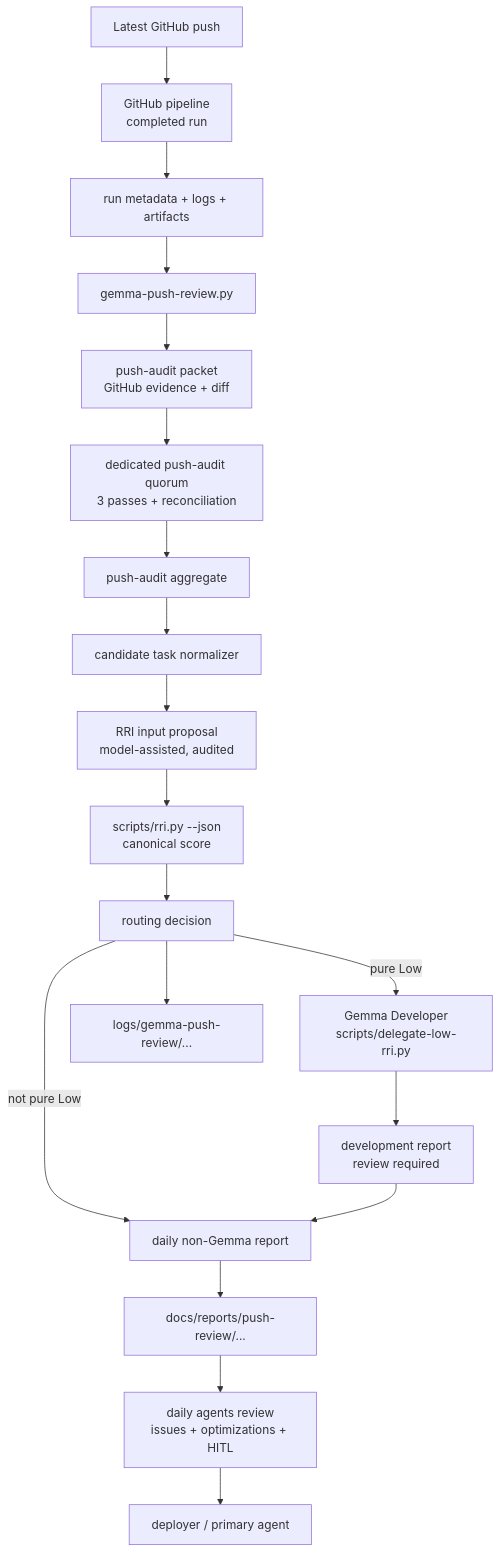
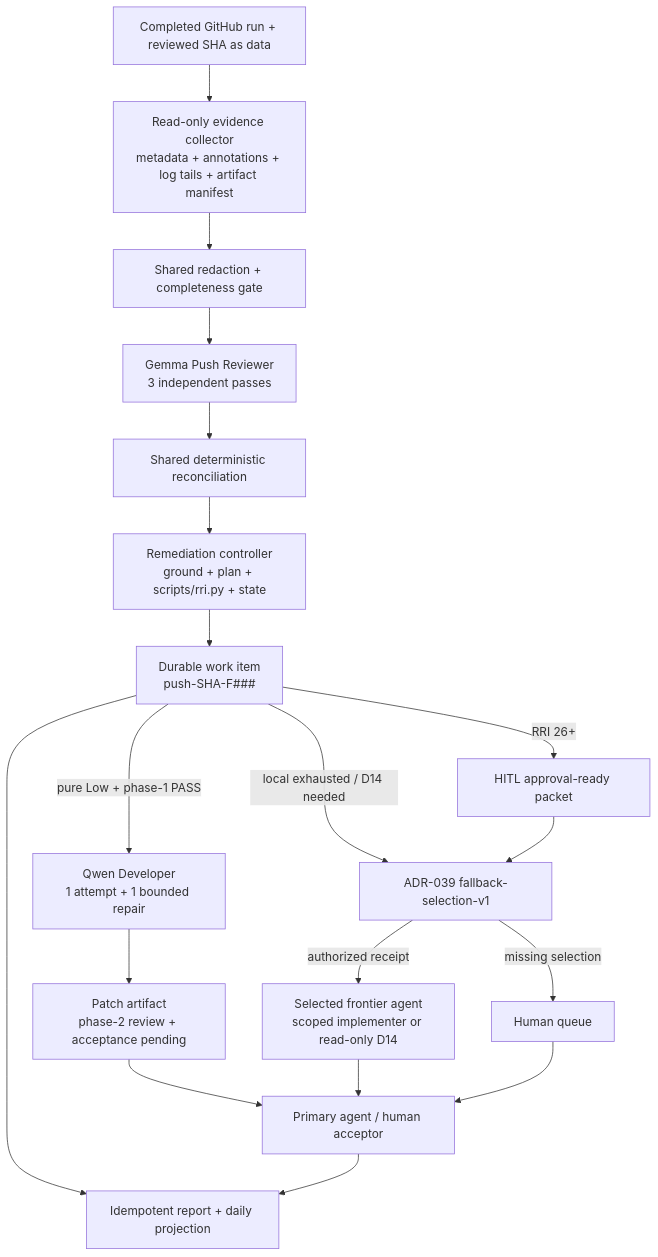
The second of 2 diagrams in docs/plan/gemma-push-reviewer-role.md (krukmat/dubbridge), drawn with Mermaid before and after one commit. The commit also changed other lines of this file and 4 other files, not shown here.

First line of the commit message:
docs(x27): propose ADR-042 push-review remediation controller (r5)

````diff
--- a/docs/plan/gemma-push-reviewer-role.md
+++ b/docs/plan/gemma-push-reviewer-role.md
@@ -422,21 +586,21 @@
 ```mermaid
 flowchart TD
-    GH["Latest GitHub push"] --> CI["GitHub pipeline\ncompleted run"]
-    CI --> COL["run metadata + logs + artifacts"]
-    COL --> W["gemma-push-review.py"]
-    W --> P["push-audit packet\nGitHub evidence + diff"]
-    P --> R["dedicated push-audit quorum\n3 passes + reconciliation"]
-    R --> A["push-audit aggregate"]
-    A --> C["candidate task normalizer"]
-    C --> I["RRI input proposal\nmodel-assisted, audited"]
-    I --> RRI["scripts/rri.py --json\ncanonical score"]
-    RRI --> ROUTE["routing decision"]
-    ROUTE -->|pure Low| GD["Gemma Developer\nscripts/delegate-low-rri.py"]
-    GD --> DEV["development report\nreview required"]
-    ROUTE -->|not pure Low| MD["daily non-Gemma report"]
-    DEV --> MD
-    ROUTE --> RAW["logs/gemma-push-review/..."]
-    MD --> SUM["docs/reports/push-review/..."]
-    SUM --> D["daily agents review\nissues + optimizations + HITL"]
-    D --> DEP["deployer / primary agent"]
+    GH["Completed GitHub run + reviewed SHA as data"] --> COL["Read-only evidence collector\nmetadata + annotations + log tails + artifact manifest"]
+    COL --> RED["Shared redaction + completeness gate"]
+    RED --> EVAL["Gemma Push Reviewer\n3 independent passes"]
+    EVAL --> REC["Shared deterministic reconciliation"]
+    REC --> CTRL["Remediation controller\nground + plan + scripts/rri.py + state"]
+    CTRL --> ITEM["Durable work item\npush-SHA-F###"]
+    ITEM -->|pure Low + phase-1 PASS| LOCAL["Qwen Developer\n1 attempt + 1 bounded repair"]
+    LOCAL --> PATCH["Patch artifact\nphase-2 review + acceptance pending"]
+    ITEM -->|RRI 26+| APPROVAL["HITL approval-ready packet"]
+    ITEM -->|local exhausted / D14 needed| SELECT["ADR-039 fallback-selection-v1"]
+    APPROVAL --> SELECT
+    SELECT -->|authorized receipt| FRONTIER["Selected frontier agent\nscoped implementer or read-only D14"]
+    SELECT -->|missing selection| HUMAN["Human queue"]
+    PATCH --> ACCEPT["Primary agent / human acceptor"]
+    FRONTIER --> ACCEPT
+    HUMAN --> ACCEPT
+    ITEM --> DAILY["Idempotent report + daily projection"]
+    ACCEPT --> DAILY
 ```
````
